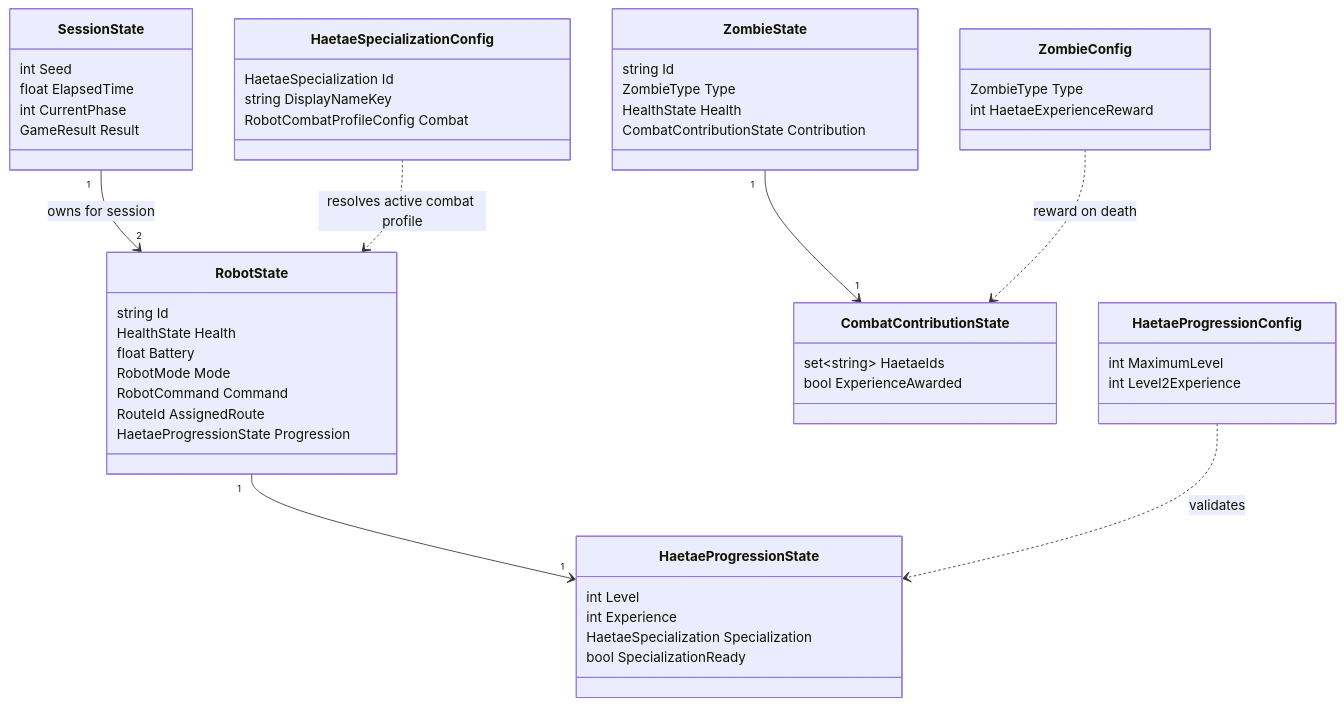
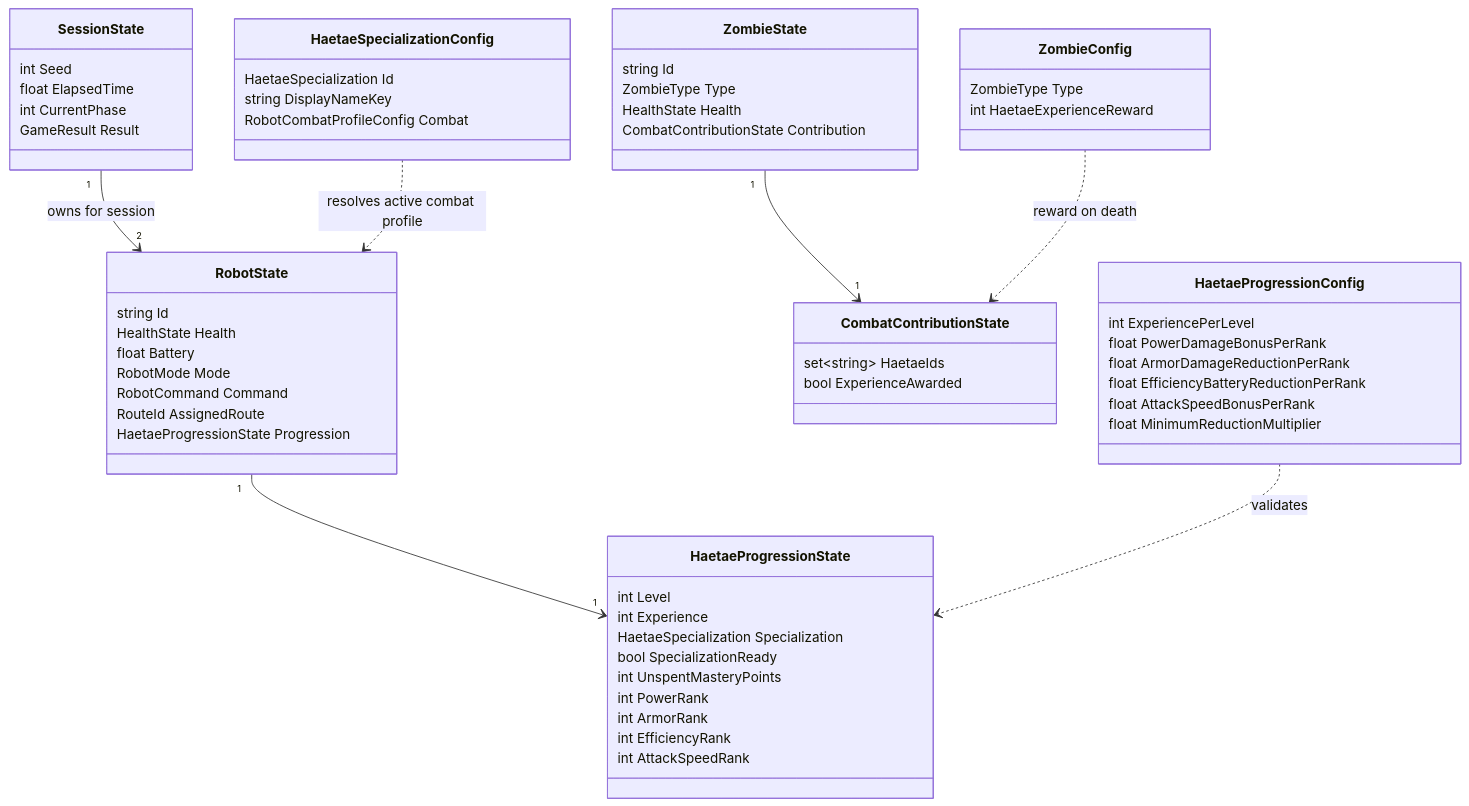
Before and after one commit to Dr-KoKo/telerobot: the first of 3 diagrams in specs/002-haetae-build-progression/data-model.md, drawn with Mermaid. The commit also changed other lines of this file and 118 other files, not shown here.

````diff
--- a/specs/002-haetae-build-progression/data-model.md
+++ b/specs/002-haetae-build-progression/data-model.md
@@ -11,61 +11,70 @@
 ```mermaid
 classDiagram
     class SessionState {
         int Seed
         float ElapsedTime
         int CurrentPhase
         GameResult Result
     }
 
     class RobotState {
         string Id
         HealthState Health
         float Battery
         RobotMode Mode
         RobotCommand Command
         RouteId AssignedRoute
         HaetaeProgressionState Progression
     }
 
     class HaetaeProgressionState {
         int Level
         int Experience
         HaetaeSpecialization Specialization
         bool SpecializationReady
+        int UnspentMasteryPoints
+        int PowerRank
+        int ArmorRank
+        int EfficiencyRank
+        int AttackSpeedRank
     }
 
     class ZombieState {
         string Id
         ZombieType Type
         HealthState Health
         CombatContributionState Contribution
     }
 
     class CombatContributionState {
         set~string~ HaetaeIds
         bool ExperienceAwarded
     }
 
     class HaetaeProgressionConfig {
-        int MaximumLevel
-        int Level2Experience
+        int ExperiencePerLevel
+        float PowerDamageBonusPerRank
+        float ArmorDamageReductionPerRank
+        float EfficiencyBatteryReductionPerRank
+        float AttackSpeedBonusPerRank
+        float MinimumReductionMultiplier
     }
 
     class HaetaeSpecializationConfig {
         HaetaeSpecialization Id
         string DisplayNameKey
         RobotCombatProfileConfig Combat
     }
 
     class ZombieConfig {
         ZombieType Type
         int HaetaeExperienceReward
     }
 
     SessionState "1" --> "2" RobotState : owns for session
     RobotState "1" --> "1" HaetaeProgressionState
     ZombieState "1" --> "1" CombatContributionState
     HaetaeProgressionConfig ..> HaetaeProgressionState : validates
     ZombieConfig ..> CombatContributionState : reward on death
     HaetaeSpecializationConfig ..> RobotState : resolves active combat profile
 ```
````
